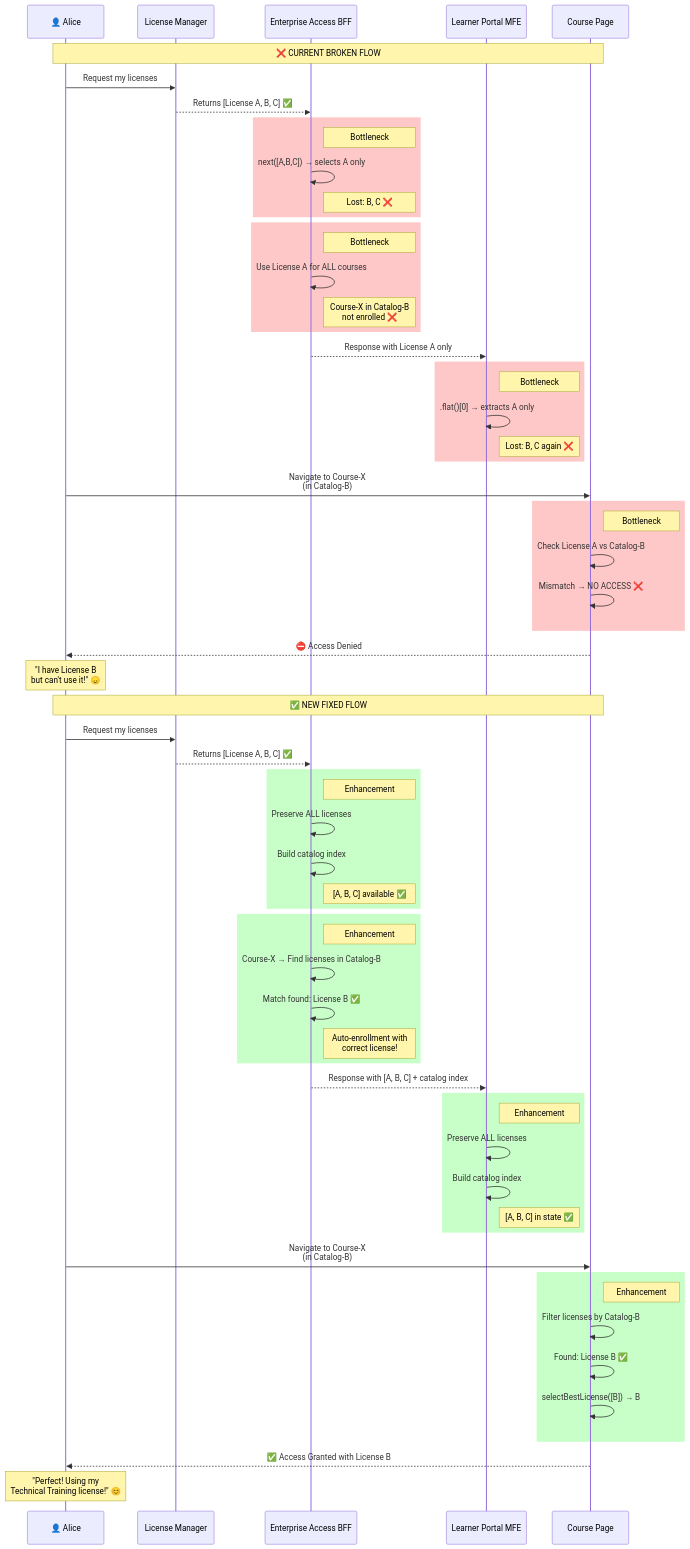
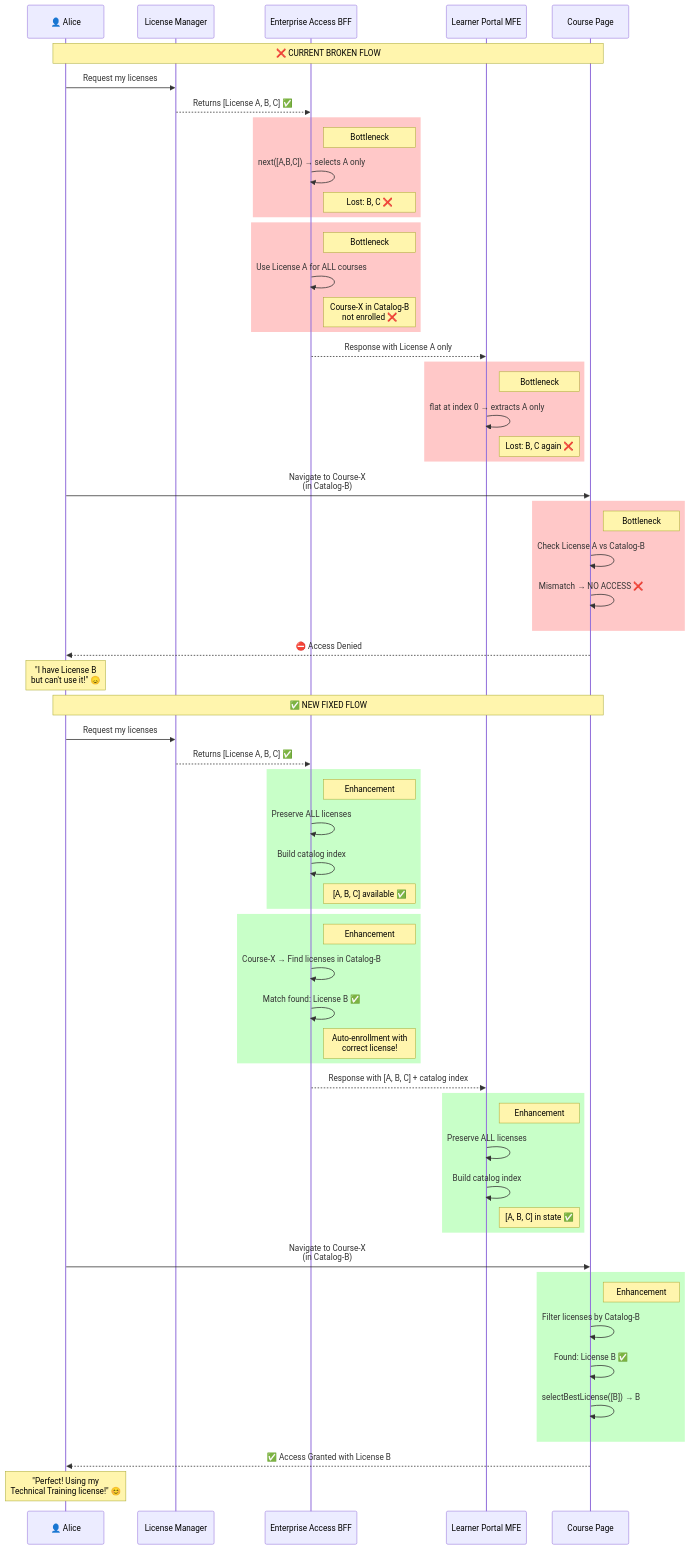
The second of 11 diagrams in multiplex_solution.md (rgopalrao-sonata-png/edx-enterprise), drawn with Mermaid before and after one commit. The commit also changed other lines of this file, not shown here.

```diff
--- a/multiplex_solution.md
+++ b/multiplex_solution.md
@@ -155,7 +155,7 @@
     
     rect rgb(255, 200, 200)
         Note right of MFE: Bottleneck #3<br/>transformSubscriptionsData()
-        MFE->>MFE: .flat()[0] → extracts A only
+        MFE->>MFE: flat at index 0 → extracts A only
         Note right of MFE: Lost: B, C again ❌
     end
     
```
